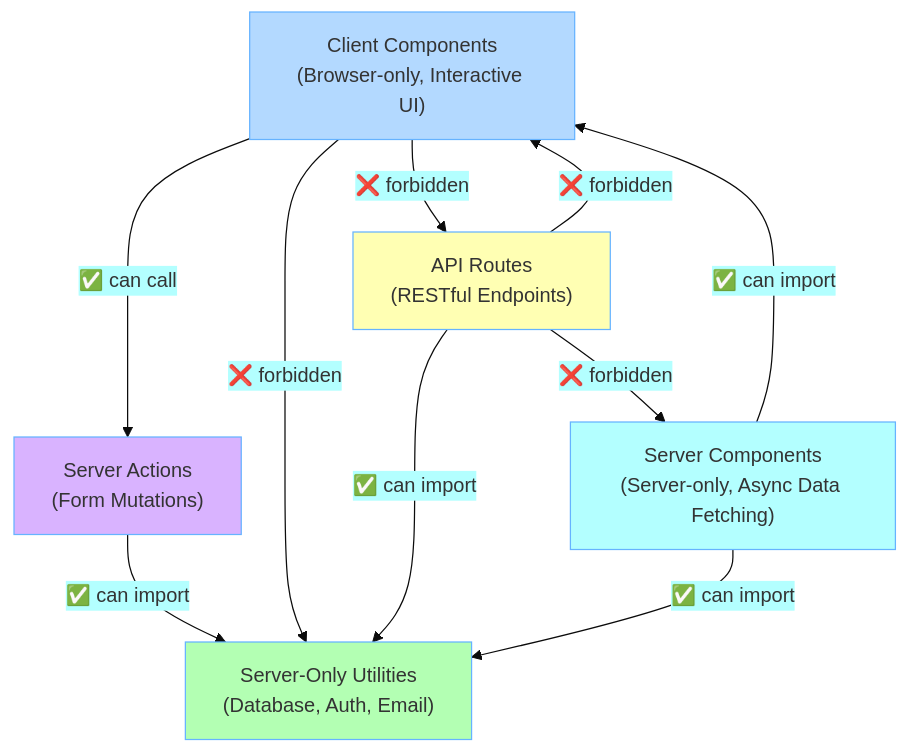
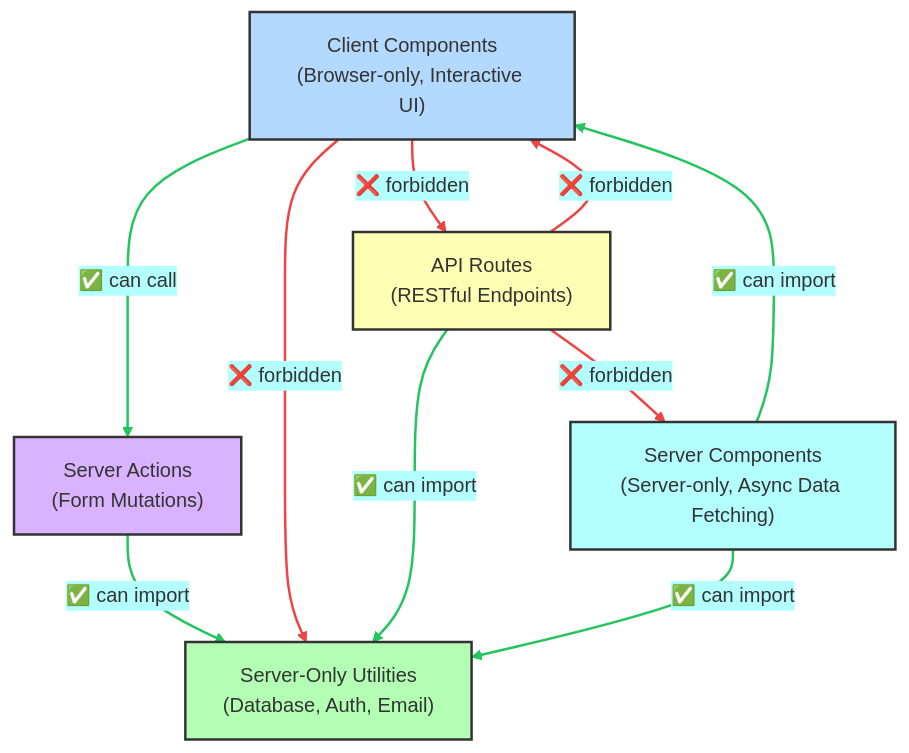
Before and after one commit to stricture-dev/stricture: the diagram in examples/simple-nextjs/README.md, drawn with Mermaid. The commit also changed 1 other file, not shown here.

Commit message:
style: add explicit colors to mermaid diagrams for dark mode support
Add colored arrows and node borders to ensure diagrams are visible on both
light and dark backgrounds:
- Green arrows (#22c55e) for allowed dependencies
- Red arrows (#ef4444) for forbidden dependencies
- Dark gray borders (#333) on all nodes for visibility

Fixes issue where arrows were invisible on black backgrounds.

````diff
--- a/examples/simple-nextjs/README.md
+++ b/examples/simple-nextjs/README.md
@@ -21,25 +21,28 @@
 ```mermaid
 %%{init: {'theme':'base', 'themeVariables': { 'primaryColor':'hsl(210, 100%, 85%)','primaryBorderColor':'hsl(210, 100%, 70%)','secondaryColor':'hsl(180, 100%, 85%)','secondaryBorderColor':'hsl(180, 100%, 70%)','tertiaryColor':'hsl(120, 100%, 85%)','tertiaryBorderColor':'hsl(120, 100%, 70%)'}}}%%
 graph TB
     Client["Client Components<br/>(Browser-only, Interactive UI)"]
     Server["Server Components<br/>(Server-only, Async Data Fetching)"]
     ServerUtils["Server-Only Utilities<br/>(Database, Auth, Email)"]
     Actions["Server Actions<br/>(Form Mutations)"]
     API["API Routes<br/>(RESTful Endpoints)"]
 
     Server -->|"✅ can import"| Client
     Server -->|"✅ can import"| ServerUtils
     Client -->|"✅ can call"| Actions
     Client -->|"❌ forbidden"| ServerUtils
     Client -->|"❌ forbidden"| API
     Actions -->|"✅ can import"| ServerUtils
     API -->|"✅ can import"| ServerUtils
     API -->|"❌ forbidden"| Client
     API -->|"❌ forbidden"| Server
 
-    style Client fill:#b3d9ff
-    style Server fill:#b3ffff
-    style ServerUtils fill:#b3ffb3
-    style Actions fill:#d9b3ff
-    style API fill:#ffffb3
+    style Client fill:#b3d9ff,stroke:#333,stroke-width:2px
+    style Server fill:#b3ffff,stroke:#333,stroke-width:2px
+    style ServerUtils fill:#b3ffb3,stroke:#333,stroke-width:2px
+    style Actions fill:#d9b3ff,stroke:#333,stroke-width:2px
+    style API fill:#ffffb3,stroke:#333,stroke-width:2px
+
+    linkStyle 0,1,2,5,6 stroke:#22c55e,stroke-width:2px
+    linkStyle 3,4,7,8 stroke:#ef4444,stroke-width:2px
 ```
````
